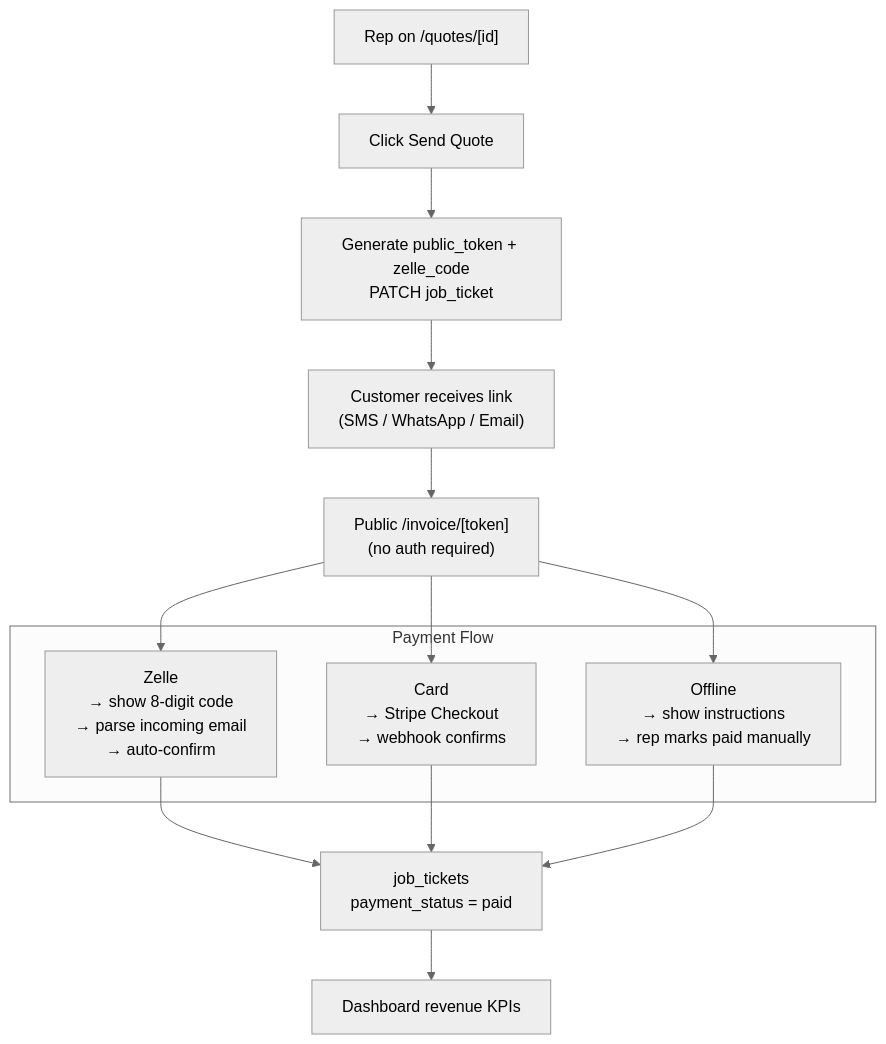
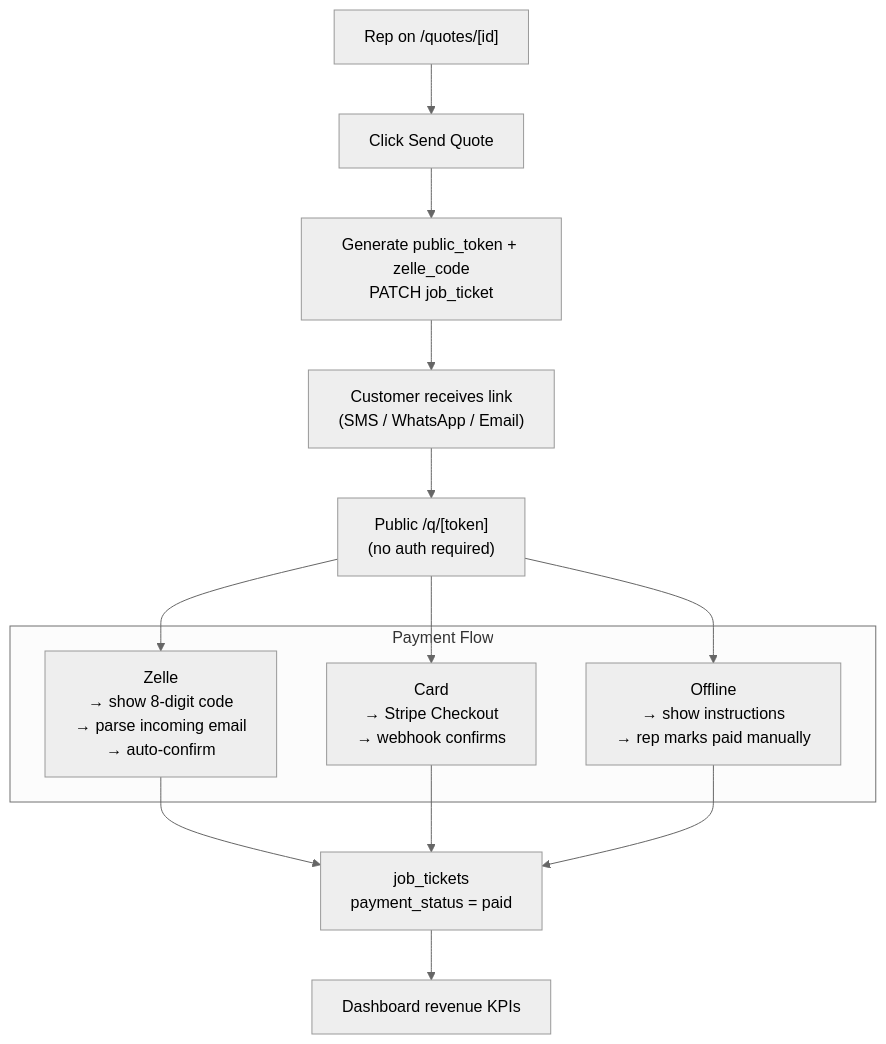
The diagram in docs/feature-specs/invoice-payment.md (haykzohrabyan-nova/hayk-crm-preview), drawn with Mermaid (neutral theme) before and after one commit. The commit also changed other lines of this file and 84 other files, not shown here.

````diff
--- a/docs/feature-specs/invoice-payment.md
+++ b/docs/feature-specs/invoice-payment.md
@@ -44,24 +44,24 @@
 ```mermaid
 flowchart TD
     Rep["Rep on /quotes/[id]"]
     Send["Click Send Quote"]
     Token["Generate public_token + zelle_code\nPATCH job_ticket"]
-    InvoicePage["Public /invoice/[token]\n(no auth required)"]
+    InvoicePage["Public /q/[token]\n(no auth required)"]
     Customer["Customer receives link\n(SMS / WhatsApp / Email)"]
 
     subgraph payment [Payment Flow]
         Offline["Offline\n→ show instructions\n→ rep marks paid manually"]
         Zelle["Zelle\n→ show 8-digit code\n→ parse incoming email\n→ auto-confirm"]
         Stripe["Card\n→ Stripe Checkout\n→ webhook confirms"]
     end
 
     Rep --> Send --> Token --> Customer
     Customer --> InvoicePage
     InvoicePage --> Offline
     InvoicePage --> Zelle
     InvoicePage --> Stripe
     Zelle --> DB["job_tickets\npayment_status = paid"]
     Stripe --> DB
     Offline --> DB
     DB --> Dashboard["Dashboard revenue KPIs"]
 ```
````
